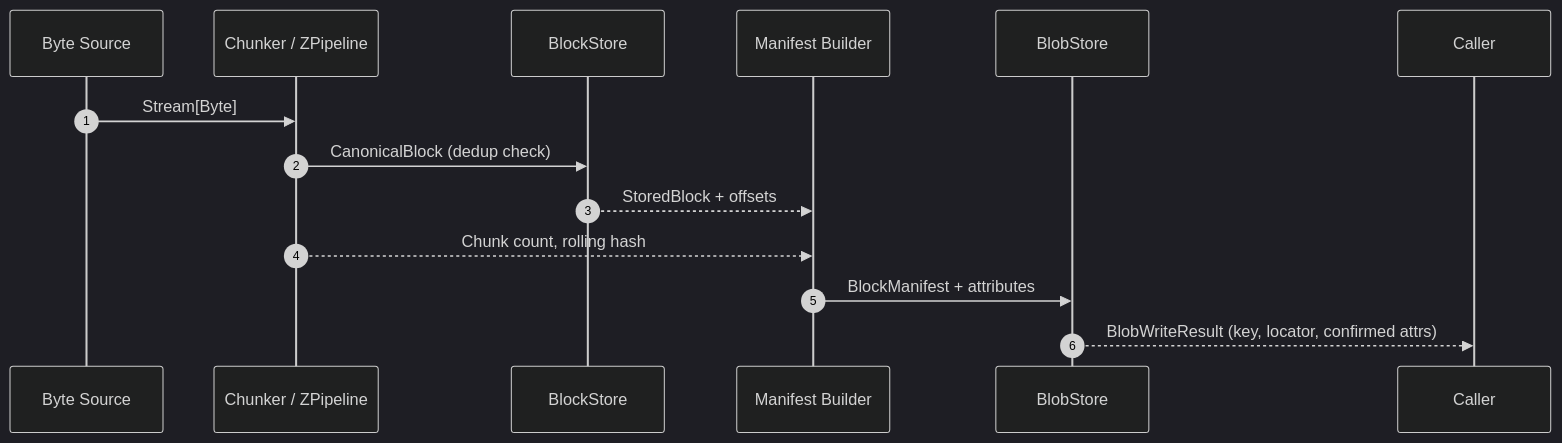
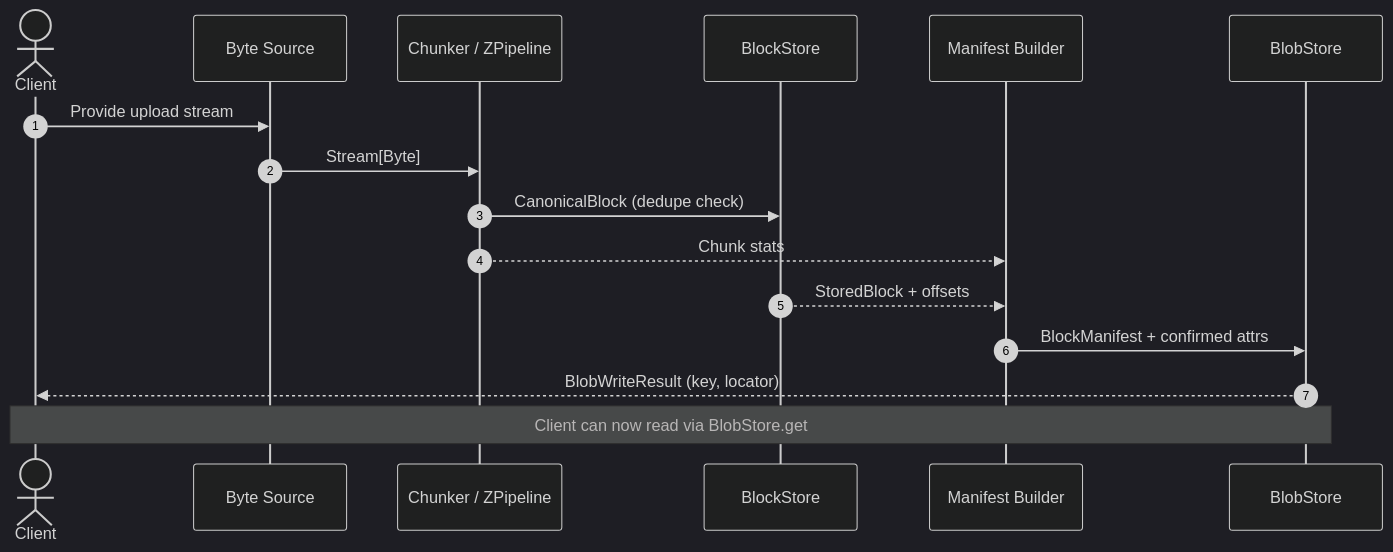
The diagram in docs/guide/binary-streaming.md (AdrielC/graviton), drawn with Mermaid (dark theme) before and after one commit. The commit also changed 4 other files, not shown here.

Commit message:
Refactor: Improve documentation diagrams and clarity

````diff
--- a/docs/guide/binary-streaming.md
+++ b/docs/guide/binary-streaming.md
@@ -17,17 +17,19 @@
 ```mermaid
 sequenceDiagram
   autonumber
+  actor Client
   participant Src as Byte Source
   participant Chunker as Chunker / ZPipeline
   participant Blocks as BlockStore
   participant Manifest as Manifest Builder
   participant Blob as BlobStore
-  participant Client as Caller
 
+  Client->>Src: Provide upload stream
   Src->>Chunker: Stream[Byte]
-  Chunker->>Blocks: CanonicalBlock (dedup check)
+  Chunker->>Blocks: CanonicalBlock (dedupe check)
+  Chunker-->>Manifest: Chunk stats
   Blocks-->>Manifest: StoredBlock + offsets
-  Chunker-->>Manifest: Chunk count, rolling hash
-  Manifest->>Blob: BlockManifest + attributes
-  Blob-->>Client: BlobWriteResult (key, locator, confirmed attrs)
+  Manifest->>Blob: BlockManifest + confirmed attrs
+  Blob-->>Client: BlobWriteResult (key, locator)
+  note over Client,Blob: Client can now read via BlobStore.get
 ```
````
